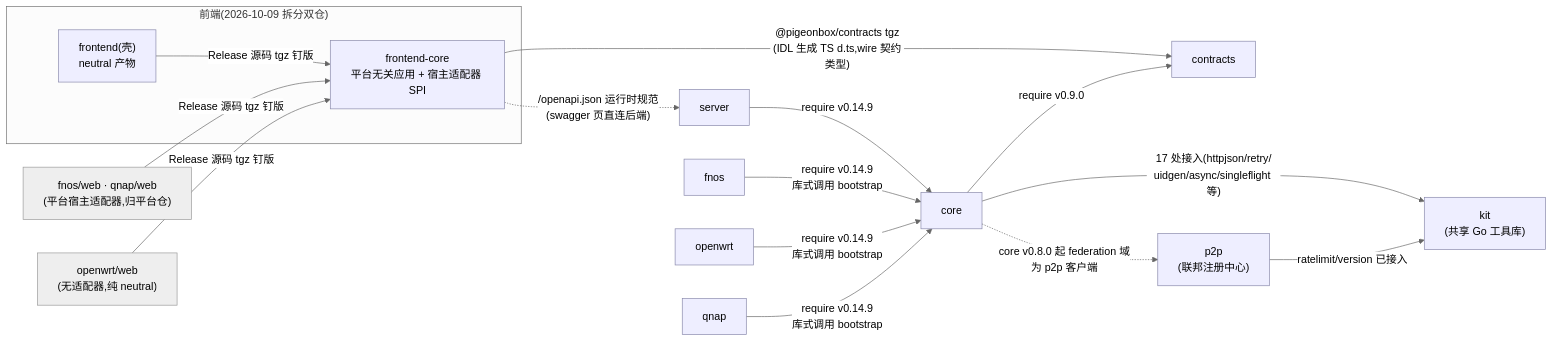
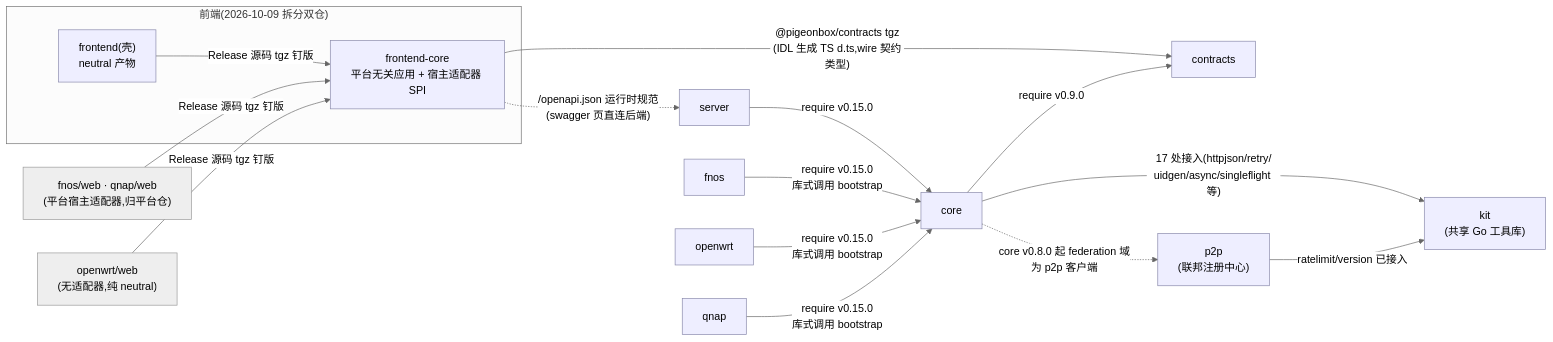
One commit to filescodebox/FilesCodeBox changed the second of 10 diagrams in docs/architecture.md. Above: the diagram before and after it, drawn with Mermaid (neutral theme). The commit also changed other lines of this file, not shown here.

Commit message:
docs(architecture): 文档对码 2026-10-10——生态全景/依赖图对齐前端拆仓与 NAS 原生形态(qnap/fnos),版本对齐 1.15.0 列车;core 分层 request 域 IDL 化收编;p2p 协议 v4 数据流;fnOS 原生进程形态重画;部署对比增 qnap 列;发布流水线改发布列车叙事;修 5.2 引用块误入 mermaid 围栏

````diff
--- a/docs/architecture.md
+++ b/docs/architecture.md
@@ -50,25 +50,25 @@
 ```mermaid
 graph LR
     subgraph FEW["前端(2026-10-09 拆分双仓)"]
         FES["frontend(壳)<br/>neutral 产物"]
         FEC["frontend-core<br/>平台无关应用 + 宿主适配器 SPI"]
         FES -->|"Release 源码 tgz 钉版"| FEC
     end
     PW["fnos/web · qnap/web<br/>(平台宿主适配器,归平台仓)"] -->|"Release 源码 tgz 钉版"| FEC
     OWW["openwrt/web<br/>(无适配器,纯 neutral)"] -->|"Release 源码 tgz 钉版"| FEC
     FEC -->|"@pigeonbox/contracts tgz<br/>(IDL 生成 TS d.ts,wire 契约类型)"| CTX["contracts"]
     FEC -.->|"/openapi.json 运行时规范<br/>(swagger 页直连后端)"| SRV["server"]
-    SRV -->|"require v0.14.9"| CORE["core"]
-    FNOS["fnos"] -->|"require v0.14.9<br/>库式调用 bootstrap"| CORE
-    OWRT["openwrt"] -->|"require v0.14.9<br/>库式调用 bootstrap"| CORE
-    QNAPG["qnap"] -->|"require v0.14.9<br/>库式调用 bootstrap"| CORE
+    SRV -->|"require v0.15.0"| CORE["core"]
+    FNOS["fnos"] -->|"require v0.15.0<br/>库式调用 bootstrap"| CORE
+    OWRT["openwrt"] -->|"require v0.15.0<br/>库式调用 bootstrap"| CORE
+    QNAPG["qnap"] -->|"require v0.15.0<br/>库式调用 bootstrap"| CORE
     CORE -->|"require v0.9.0"| CTX
     P2P["p2p<br/>(联邦注册中心)"]
     CORE -.->|"core v0.8.0 起 federation 域<br/>为 p2p 客户端"| P2P
     KIT["kit<br/>(共享 Go 工具库)"]
     CORE -->|"17 处接入(httpjson/retry/<br/>uidgen/async/singleflight 等)"| KIT
     P2P -->|"ratelimit/version 已接入"| KIT
 
     classDef plain fill:#eef,stroke:#88a
     class CTX,CORE,SRV,FES,FEC,FNOS,OWRT,QNAPG,P2P,KIT plain
 ```
````
